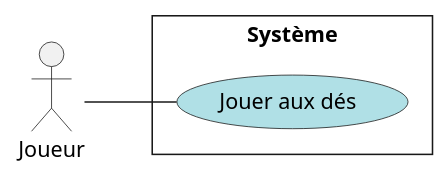
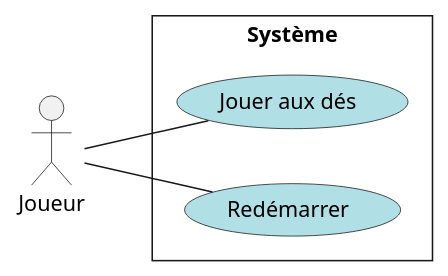
The diagram in s20223-log210-01-lab00-charlcl180-main/docs/modeles/dcu.puml (charlcl180/s20223-log210-01-lab00-charlcl180-main), drawn with PlantUML before and after one commit. The commit also changed 5 other files, not shown here.

```diff
--- a/s20223-log210-01-lab00-charlcl180-main/docs/modeles/dcu.puml
+++ b/s20223-log210-01-lab00-charlcl180-main/docs/modeles/dcu.puml
@@ -1,12 +1,14 @@
 @startuml 
 left to right direction
 skinparam style strictuml
 skinparam packageStyle rect
 skinparam backgroundcolor transparent
 skinparam defaultfontname Verdana
 actor Joueur as J
 rectangle "Système" {
   (Jouer aux dés) as JP #powderblue
+  (Redémarrer) as R #powderblue
   J -- JP
+  J -- R
 }
 @enduml
```
